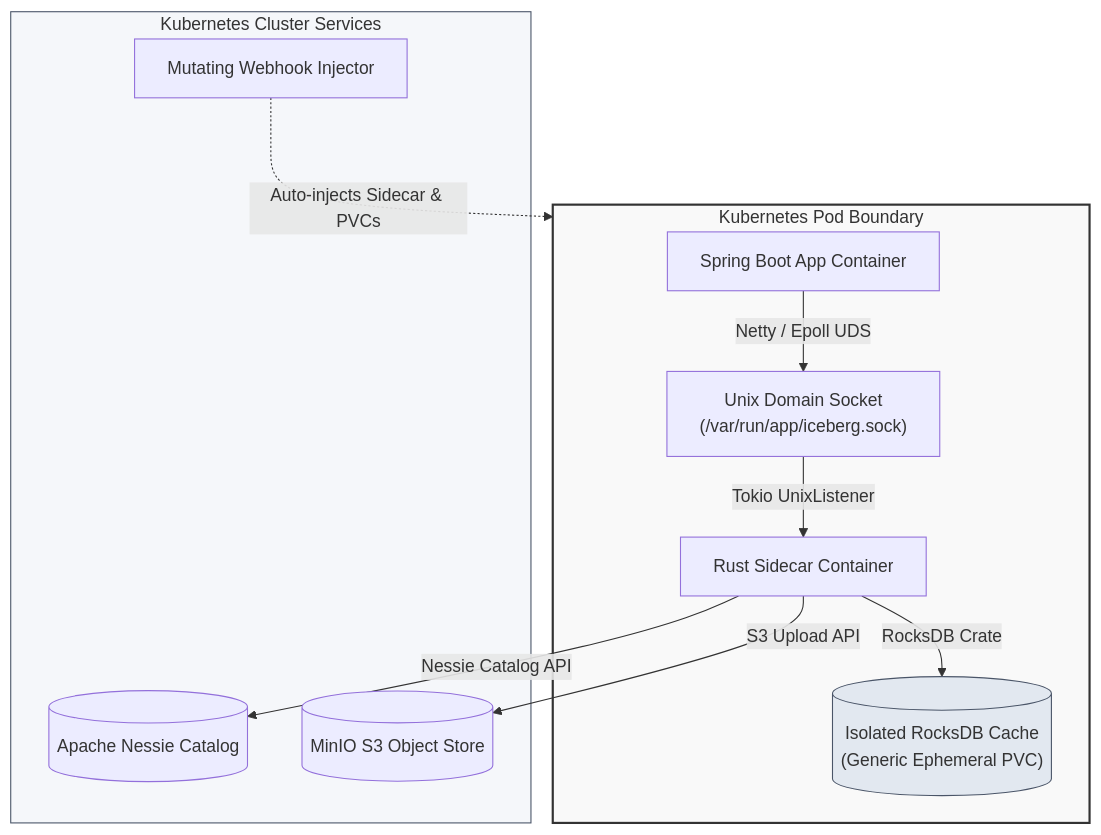
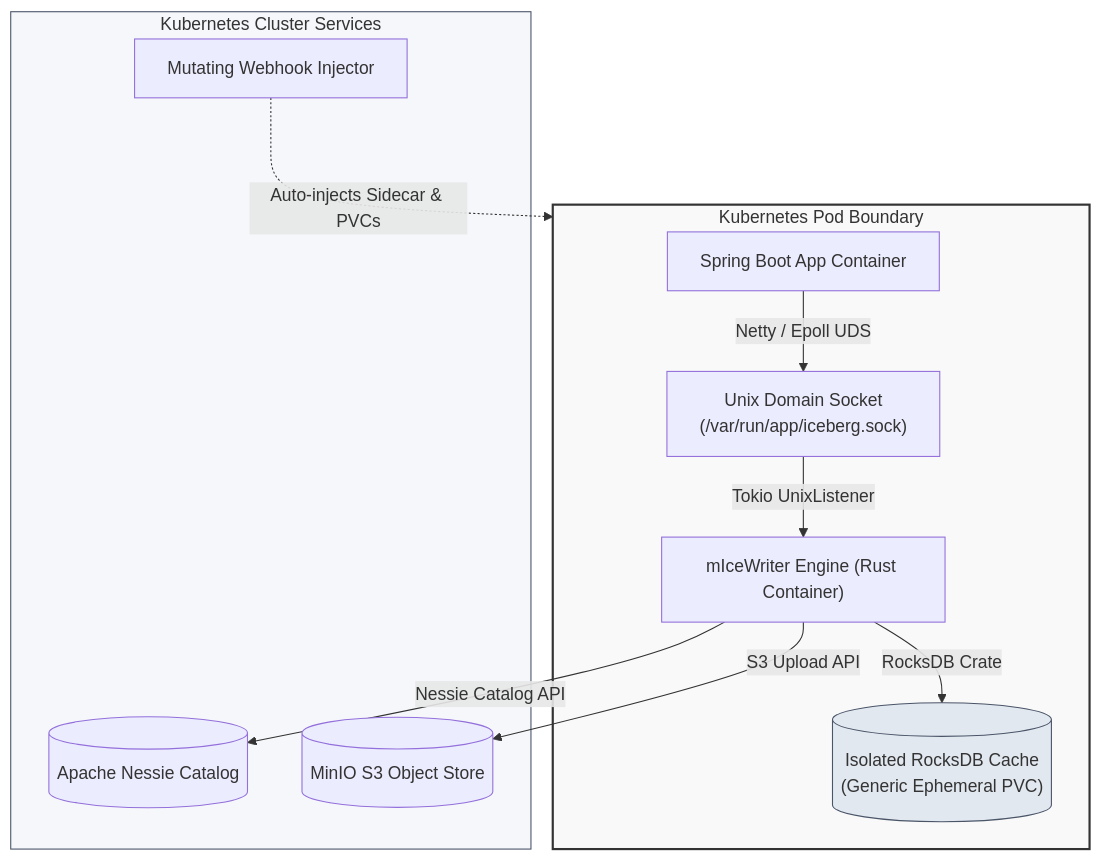
One commit to markovarghese/micewriter-hub changed the diagram in README.md. Above: the diagram before and after it, drawn with Mermaid. The commit also changed other lines of this file and 12 other files, not shown here.

Commit message:
docs: unify naming strategy and apply mIceWriter ecosystem branding

````diff
--- a/README.md
+++ b/README.md
@@ -13,22 +15,22 @@
 ```mermaid
 graph TD
     subgraph K8sPod ["Kubernetes Pod Boundary"]
         App["Spring Boot App Container"] -->|Netty / Epoll UDS| UDS["Unix Domain Socket<br/>(/var/run/app/iceberg.sock)"]
-        UDS -->|Tokio UnixListener| Sidecar["Rust Sidecar Container"]
-        Sidecar -->|RocksDB Crate| RocksDB[("Isolated RocksDB Cache<br/>(Generic Ephemeral PVC)")]
+        UDS -->|Tokio UnixListener| Engine["mIceWriter Engine (Rust Container)"]
+        Engine -->|RocksDB Crate| RocksDB[("Isolated RocksDB Cache<br/>(Generic Ephemeral PVC)")]
     end
 
     subgraph K8sCluster ["Kubernetes Cluster Services"]
         Nessie[("Apache Nessie Catalog")]
         MinIO[("MinIO S3 Object Store")]
         Webhook["Mutating Webhook Injector"]
     end
 
-    Sidecar -->|Nessie Catalog API| Nessie
-    Sidecar -->|S3 Upload API| MinIO
+    Engine -->|Nessie Catalog API| Nessie
+    Engine -->|S3 Upload API| MinIO
     Webhook -.->|Auto-injects Sidecar & PVCs| K8sPod
     
     style K8sPod fill:#f9f9f9,stroke:#333,stroke-width:2px
     style K8sCluster fill:#f5f7fa,stroke:#4a5568,stroke-width:1px
     style RocksDB fill:#e2e8f0,stroke:#4a5568,stroke-width:1px
 ```
````
